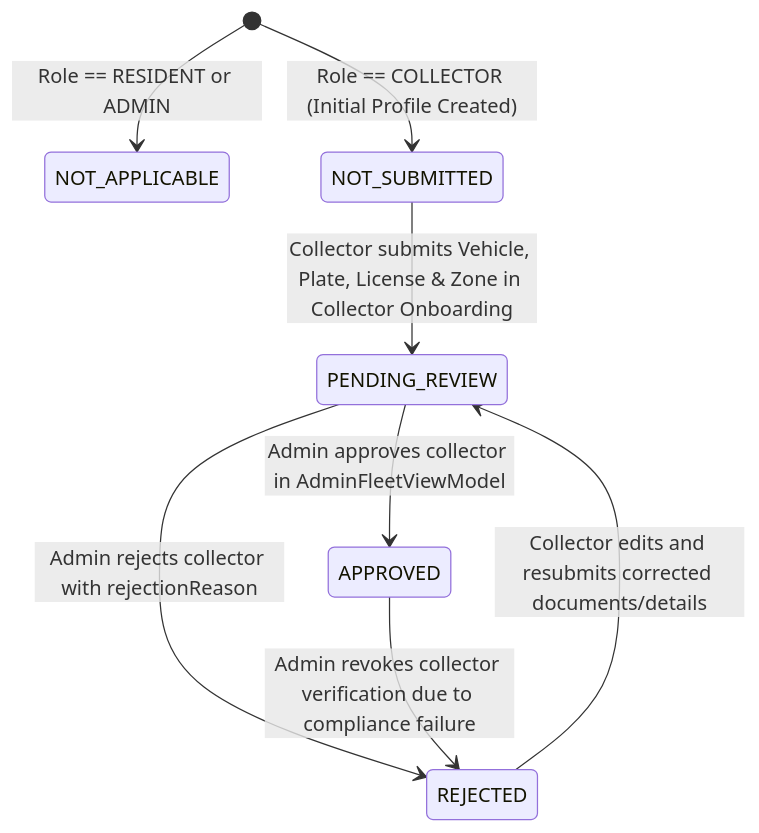
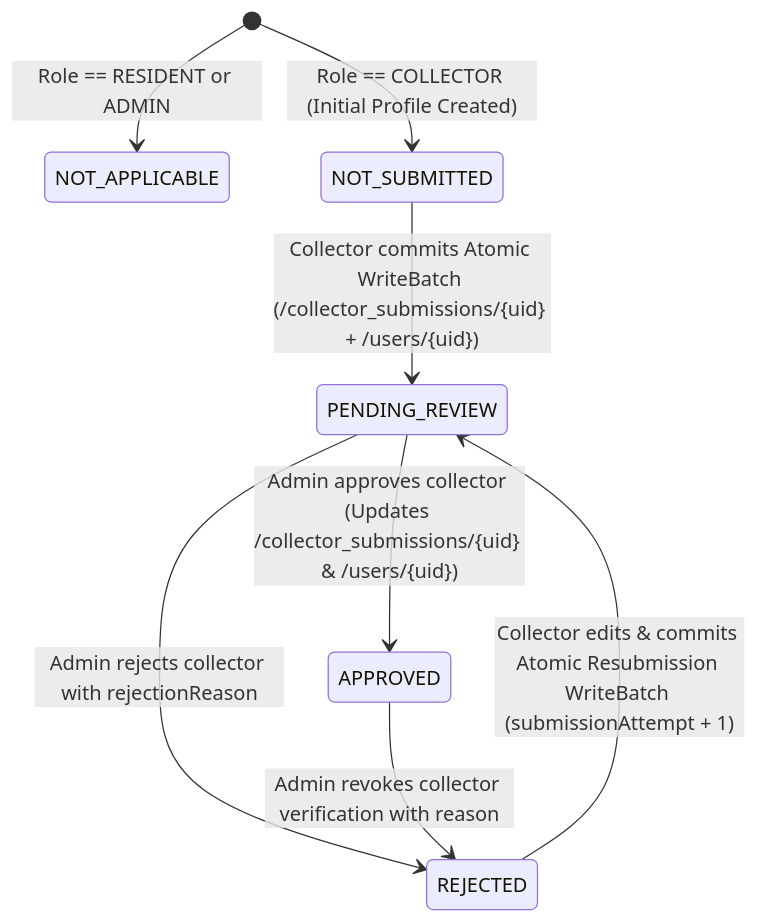
One commit to collinobeid/wastelink changed the fourth of 6 diagrams in docs/MODULE_1_AUTH_ARCHITECTURE.md. Above: the diagram before and after it, drawn with Mermaid. The commit also changed other lines of this file, not shown here.

Commit message:
docs(module-1): finalize authentication architecture and security acceptance review (v2.1)

````diff
--- a/docs/MODULE_1_AUTH_ARCHITECTURE.md
+++ b/docs/MODULE_1_AUTH_ARCHITECTURE.md
@@ -307,10 +285,10 @@
 ```mermaid
 stateDiagram-v2
     [*] --> NOT_APPLICABLE : Role == RESIDENT or ADMIN
     [*] --> NOT_SUBMITTED : Role == COLLECTOR (Initial Profile Created)
-    NOT_SUBMITTED --> PENDING_REVIEW : Collector submits Vehicle, Plate, License & Zone in Collector Onboarding
-    PENDING_REVIEW --> APPROVED : Admin approves collector in AdminFleetViewModel
+    NOT_SUBMITTED --> PENDING_REVIEW : Collector commits Atomic WriteBatch (/collector_submissions/{uid} + /users/{uid})
+    PENDING_REVIEW --> APPROVED : Admin approves collector (Updates /collector_submissions/{uid} & /users/{uid})
     PENDING_REVIEW --> REJECTED : Admin rejects collector with rejectionReason
-    REJECTED --> PENDING_REVIEW : Collector edits and resubmits corrected documents/details
-    APPROVED --> REJECTED : Admin revokes collector verification due to compliance failure
+    REJECTED --> PENDING_REVIEW : Collector edits & commits Atomic Resubmission WriteBatch (submissionAttempt + 1)
+    APPROVED --> REJECTED : Admin revokes collector verification with reason
 ```
````
